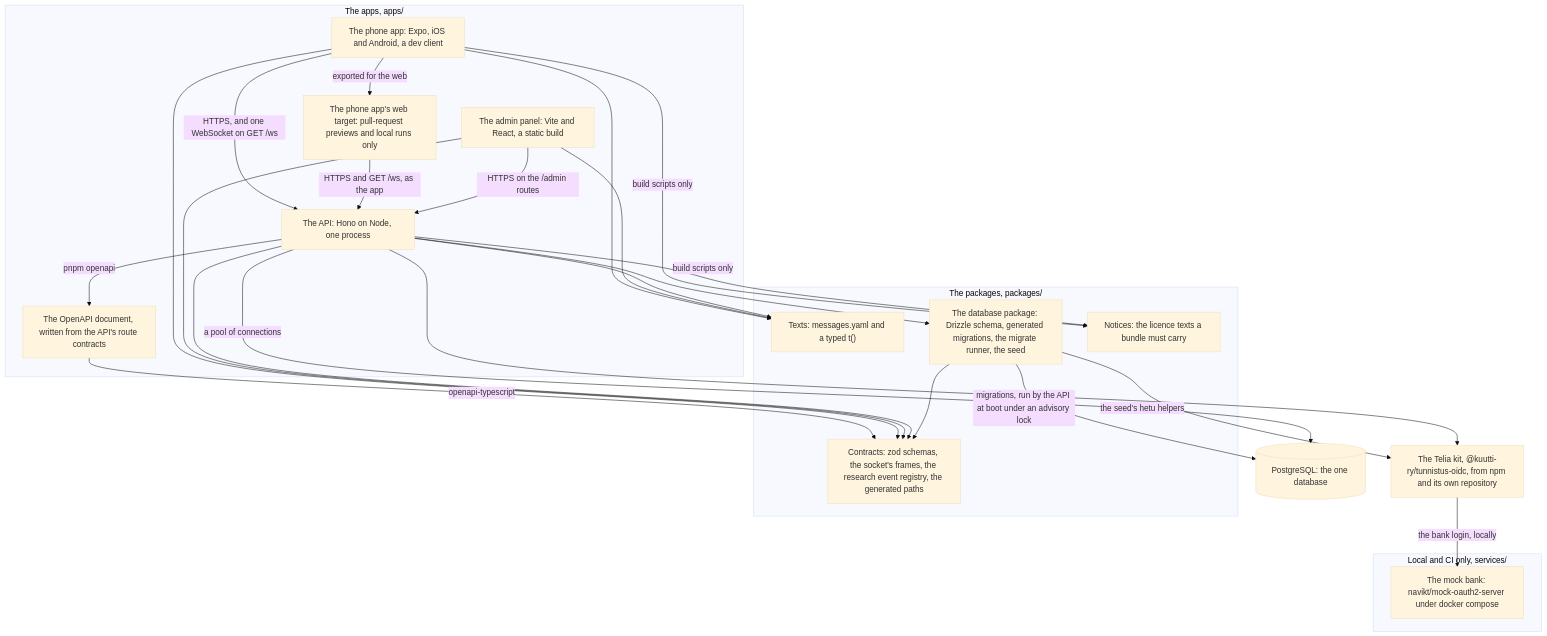
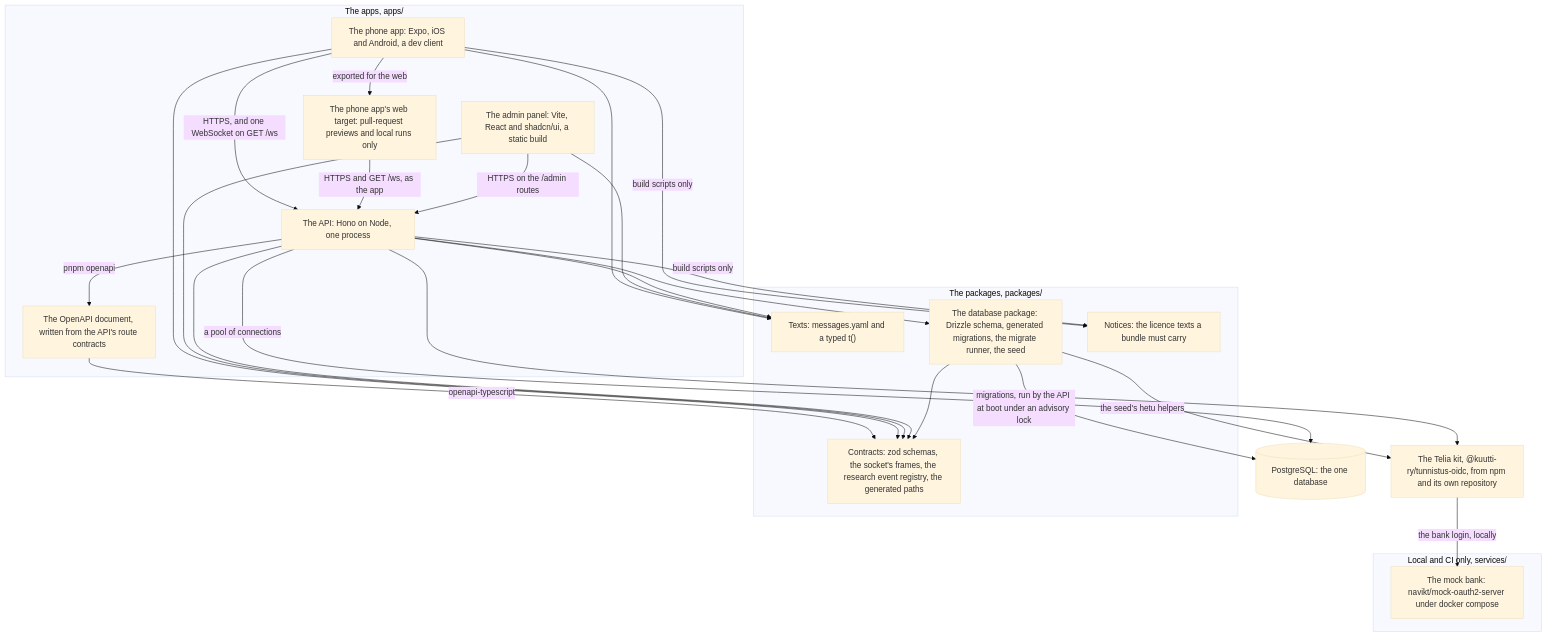
One commit to kuutti-ry/kuutti-app changed the first of 3 diagrams in docs/architecture/components.md. Above: the diagram before and after it, drawn with Mermaid (base theme). The commit also changed other lines of this file and 73 other files, not shown here.

First line of the commit message:
Give the moderation panel shadcn/ui on Tailwind, inside its CSP (ADR-050) (#441)

````diff
--- a/docs/architecture/components.md
+++ b/docs/architecture/components.md
@@ -21,39 +21,39 @@
 ```mermaid
 flowchart TB
   accTitle: Components, part 1: the workspace
   accDescr: The pnpm workspace holds three apps, four packages and the mock bank. The phone app, its web target and the admin panel talk to the API over HTTPS, typed by paths generated from the API's own route contracts, and the phone app also holds one WebSocket. The API uses the contracts, the texts, the database package and the Telia kit from npm, and keeps its data in PostgreSQL. The notices package serves build scripts only, and the mock bank runs on a developer's machine and on CI's runners only.
   subgraph apps["The apps, apps/"]
     c1["The phone app: Expo, iOS and Android, a dev client"]
     c2["The phone app's web target: pull-request previews and local runs only"]
-    c3["The admin panel: Vite and React, a static build"]
+    c3["The admin panel: Vite, React and shadcn/ui, a static build"]
     c4["The API: Hono on Node, one process"]
     c5["The OpenAPI document, written from the API's route contracts"]
   end
   subgraph packages["The packages, packages/"]
     c6["Contracts: zod schemas, the socket's frames, the research event registry, the generated paths"]
     c7["Texts: messages.yaml and a typed t()"]
     c8["The database package: Drizzle schema, generated migrations, the migrate runner, the seed"]
     c9["Notices: the licence texts a bundle must carry"]
   end
   c10["The Telia kit, @kuutti-ry/tunnistus-oidc, from npm and its own repository"]
   subgraph services["Local and CI only, services/"]
     c11["The mock bank: navikt/mock-oauth2-server under docker compose"]
   end
   c12[("PostgreSQL: the one database")]
   c1 -->|"HTTPS, and one WebSocket on GET /ws"| c4
   c1 -->|"exported for the web"| c2
   c2 -->|"HTTPS and GET /ws, as the app"| c4
   c3 -->|"HTTPS on the /admin routes"| c4
   c4 -->|"pnpm openapi"| c5
   c5 -->|"openapi-typescript"| c6
   c1 & c3 & c4 --> c6
   c1 & c3 & c4 --> c7
   c4 --> c8
   c8 --> c6
   c4 --> c10
   c8 -->|"the seed's hetu helpers"| c10
   c1 & c4 -->|"build scripts only"| c9
   c4 -->|"a pool of connections"| c12
   c8 -->|"migrations, run by the API at boot under an advisory lock"| c12
   c10 -->|"the bank login, locally"| c11
 ```
````
